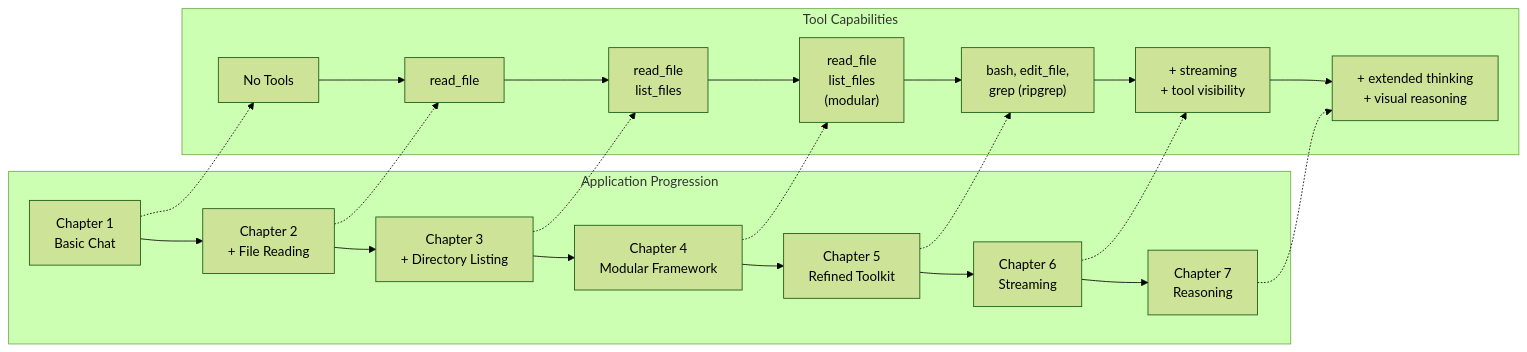
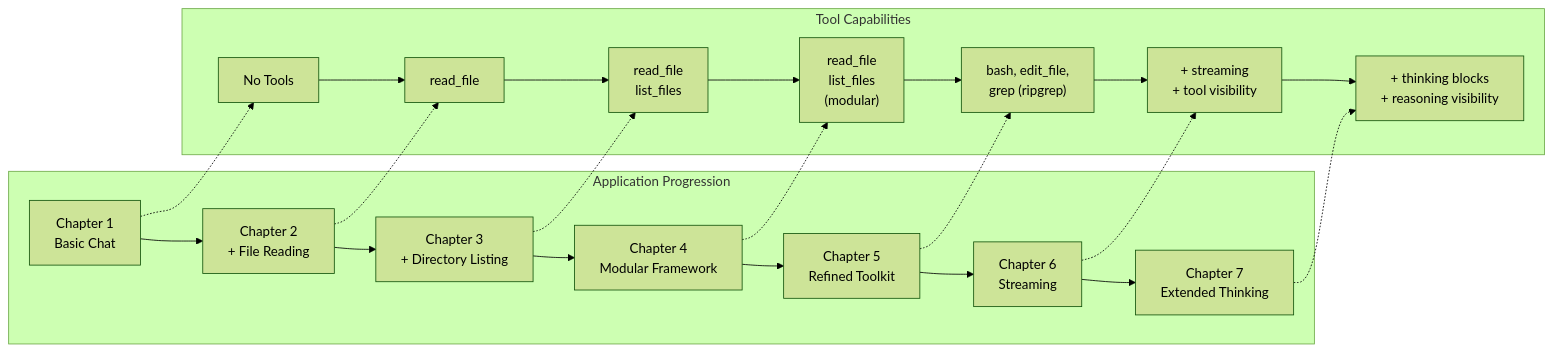
Before and after one commit to maddygoround/build-your-own-code-agent: the first of 2 diagrams in README.md, drawn with Mermaid (forest theme). The commit also changed other lines of this file and 18 other files, not shown here.

Commit message:
New chapter update : Chapter 7 - Extended Thinking

````diff
--- a/README.md
+++ b/README.md
@@ -27,28 +27,28 @@
 ```mermaid
 graph LR
     subgraph "Application Progression"
         A["Chapter 1<br/>Basic Chat"] --> B["Chapter 2<br/>+ File Reading"]
         B --> C["Chapter 3<br/>+ Directory Listing"]
         C --> D["Chapter 4<br/>Modular Framework"]
         D --> E["Chapter 5<br/>Refined Toolkit"]
         E --> F["Chapter 6<br/>Streaming"]
-        F --> G["Chapter 7<br/>Reasoning"]
+        F --> G["Chapter 7<br/>Extended Thinking"]
     end
 
     subgraph "Tool Capabilities"
         H["No Tools"] --> I["read_file"]
         I --> J["read_file<br/>list_files"]
         J --> K["read_file<br/>list_files<br/>(modular)"]
         K --> L["bash, edit_file,<br/>grep (ripgrep)"]
         L --> M["+ streaming<br/>+ tool visibility"]
-        M --> N["+ extended thinking<br/>+ visual reasoning"]
+        M --> N["+ thinking blocks<br/>+ reasoning visibility"]
     end
 
     A -.-> H
     B -.-> I
     C -.-> J
     D -.-> K
     E -.-> L
     F -.-> M
     G -.-> N
 ```
````
